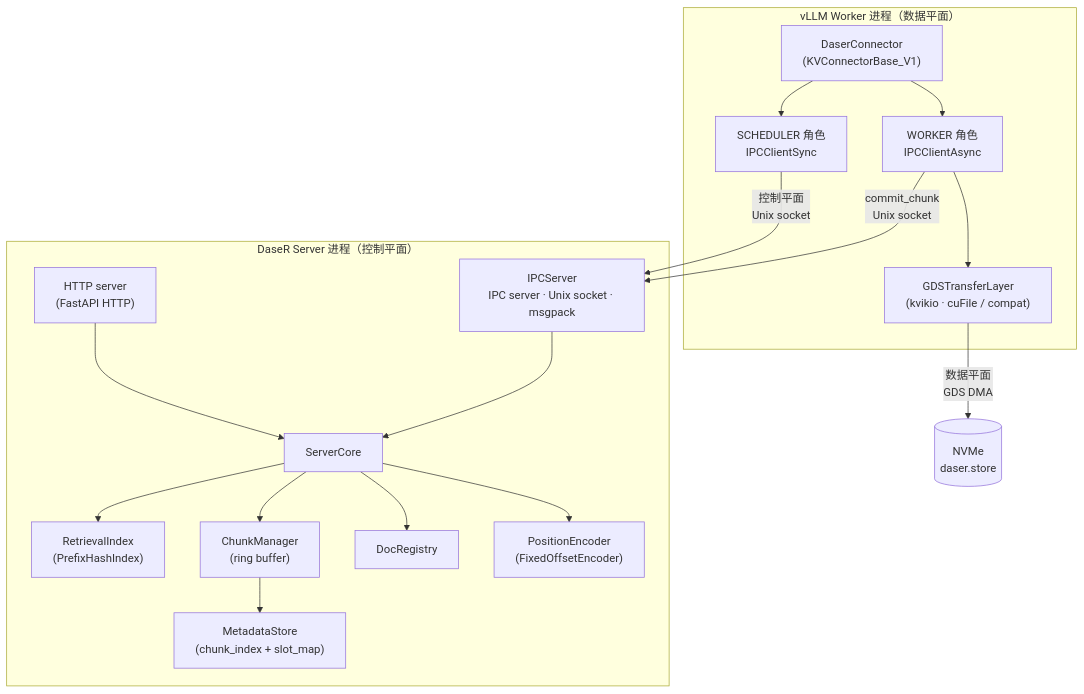
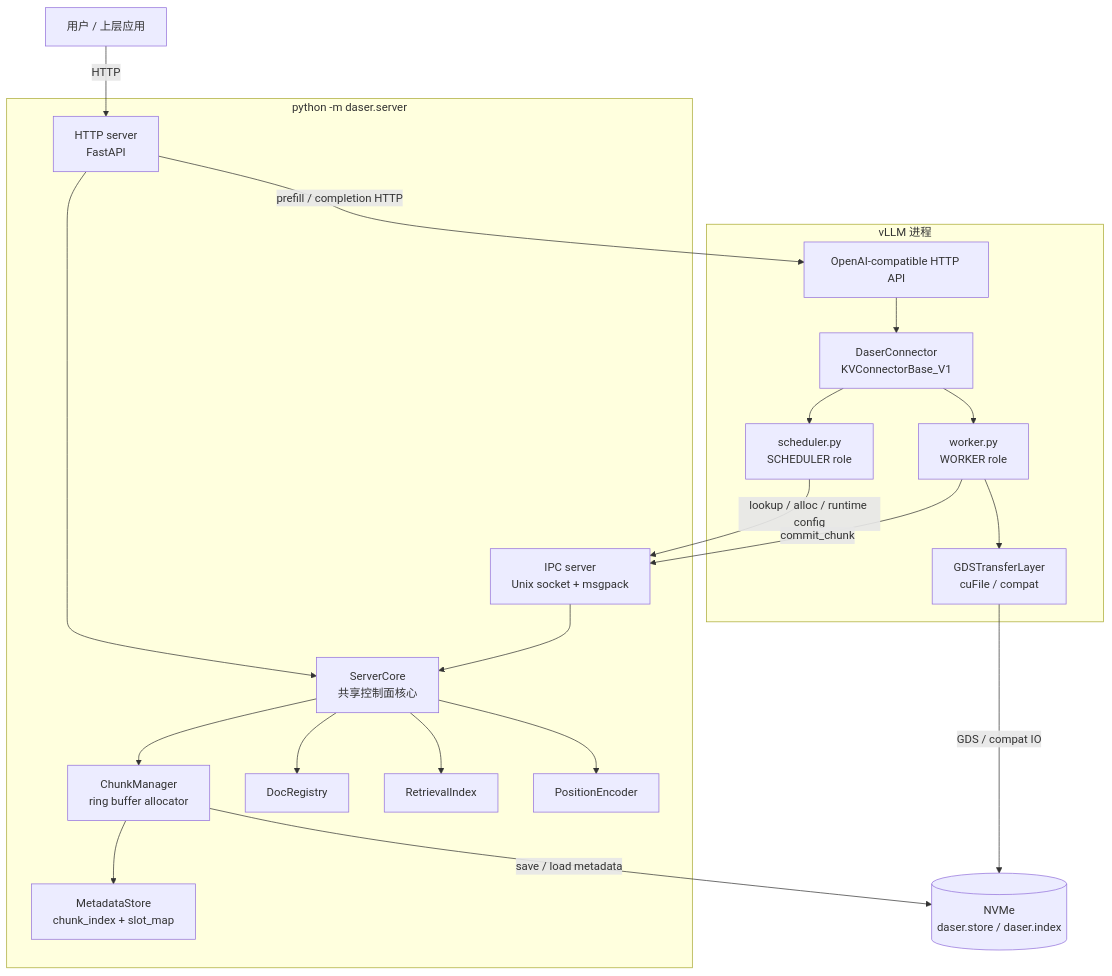
Before and after one commit to GentleCold/DaseR: the first of 2 diagrams in docs/design/architecture.md, drawn with Mermaid. The commit also changed other lines of this file and 5 other files, not shown here.

````diff
--- a/docs/design/architecture.md
+++ b/docs/design/architecture.md
@@ -11,36 +11,45 @@
 ```mermaid
-graph TD
-    subgraph vllm["vLLM Worker 进程（数据平面）"]
-        DC["DaserConnector\n(KVConnectorBase_V1)"]
-        SCHED["SCHEDULER 角色\nIPCClientSync"]
-        WORKER["WORKER 角色\nIPCClientAsync"]
-        GDS["GDSTransferLayer\n(kvikio · cuFile / compat)"]
+graph TB
+    User["用户 / 上层应用"]
+
+    subgraph server["python -m daser.server"]
+        HTTP["HTTP server<br/>FastAPI"]
+        IPC["IPC server<br/>Unix socket + msgpack"]
+        CORE["ServerCore<br/>共享控制面核心"]
+        CM["ChunkManager<br/>ring buffer allocator"]
+        MS["MetadataStore<br/>chunk_index + slot_map"]
+        DR["DocRegistry"]
+        RI["RetrievalIndex"]
+        PE["PositionEncoder"]
+
+        HTTP --> CORE
+        IPC --> CORE
+        CORE --> CM
+        CORE --> DR
+        CORE --> RI
+        CORE --> PE
+        CM --> MS
+    end
+
+    subgraph vllm["vLLM 进程"]
+        VAPI["OpenAI-compatible HTTP API"]
+        DC["DaserConnector<br/>KVConnectorBase_V1"]
+        SCHED["scheduler.py<br/>SCHEDULER role"]
+        WORKER["worker.py<br/>WORKER role"]
+        GDS["GDSTransferLayer<br/>cuFile / compat"]
+
+        VAPI --> DC
         DC --> SCHED
         DC --> WORKER
         WORKER --> GDS
     end
 
-    subgraph server["DaseR Server 进程（控制平面）"]
-        HTTP["HTTP server\n(FastAPI HTTP)"]
-        CORE["ServerCore"]
-        IPC["IPCServer\nIPC server · Unix socket · msgpack"]
-        RI["RetrievalIndex\n(PrefixHashIndex)"]
-        CM["ChunkManager\n(ring buffer)"]
-        MS["MetadataStore\n(chunk_index + slot_map)"]
-        DR["DocRegistry"]
-        PE["PositionEncoder\n(FixedOffsetEncoder)"]
-        HTTP --> CORE
-        IPC --> CORE
-        CORE --> RI
-        CORE --> CM
-        CORE --> DR
-        CORE --> PE
-        CM --> MS
-    end
+    NVMe[("NVMe<br/>daser.store / daser.index")]
 
-    NVMe[("NVMe\ndaser.store")]
-
-    SCHED -- "控制平面\nUnix socket" --> IPC
-    WORKER -- "commit_chunk\nUnix socket" --> IPC
-    GDS -- "数据平面\nGDS DMA" --> NVMe
+    User -- "HTTP" --> HTTP
+    HTTP -- "prefill / completion HTTP" --> VAPI
+    SCHED -- "lookup / alloc / runtime config" --> IPC
+    WORKER -- "commit_chunk" --> IPC
+    GDS -- "GDS / compat IO" --> NVMe
+    CM -- "save / load metadata" --> NVMe
 ```
````
